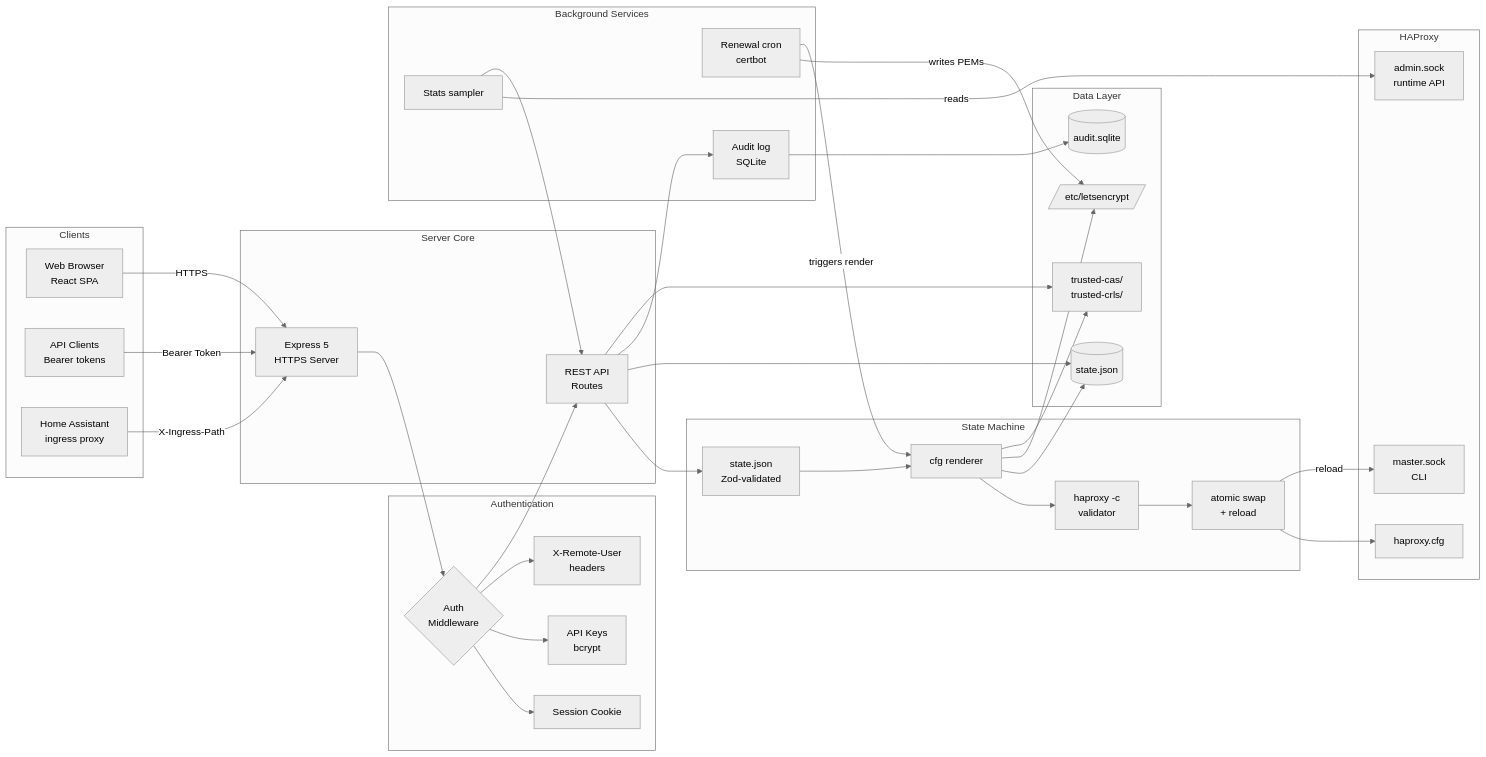
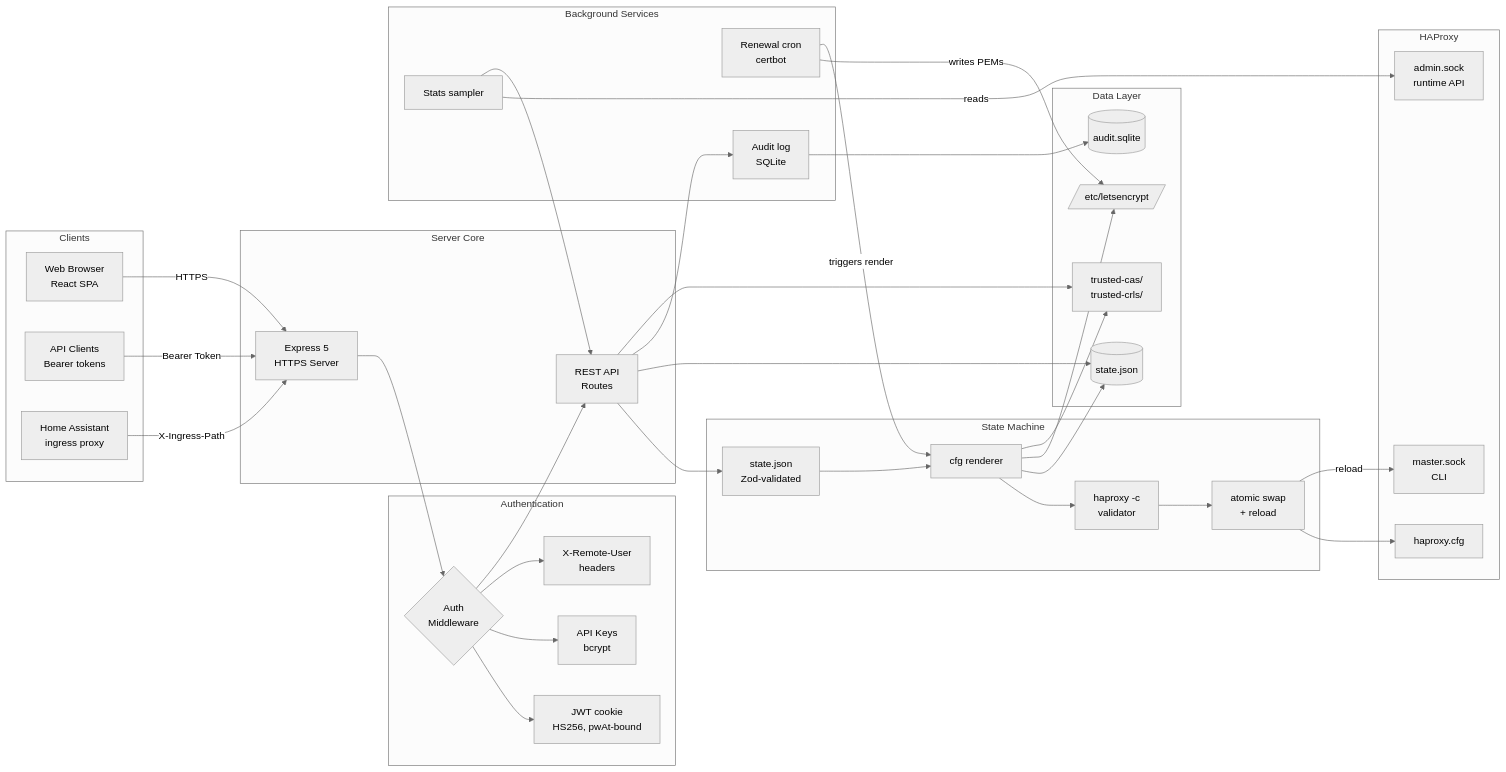
One commit to STARTcloud/patchpanel changed the diagram in docs/architecture.md. Above: the diagram before and after it, drawn with Mermaid (neutral theme). The commit also changed other lines of this file and 93 other files, not shown here.

```diff
--- a/docs/architecture.md
+++ b/docs/architecture.md
@@ -126,7 +126,7 @@
 
     subgraph "Authentication"
         AUTH{Auth<br/>Middleware}
-        SESS[Session Cookie]
+        SESS[JWT cookie<br/>HS256, pwAt-bound]
         KEYS[API Keys<br/>bcrypt]
         HAUSR[X-Remote-User<br/>headers]
     end
```
